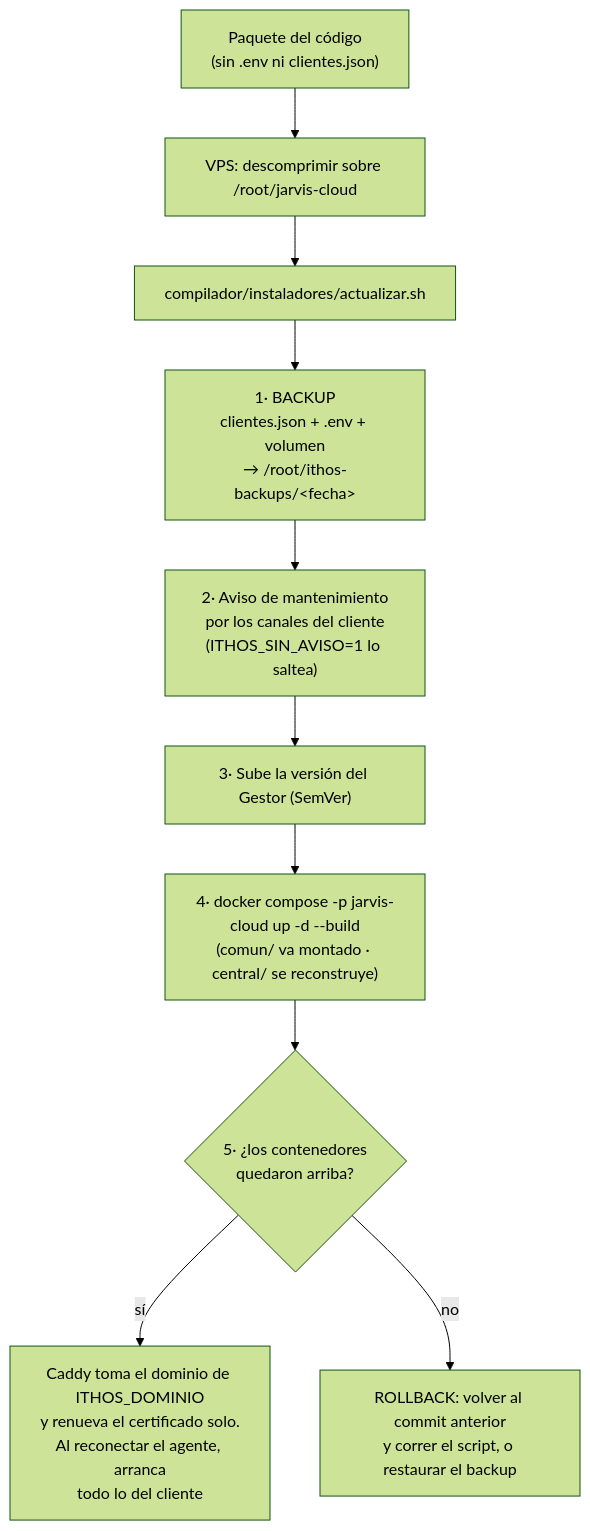
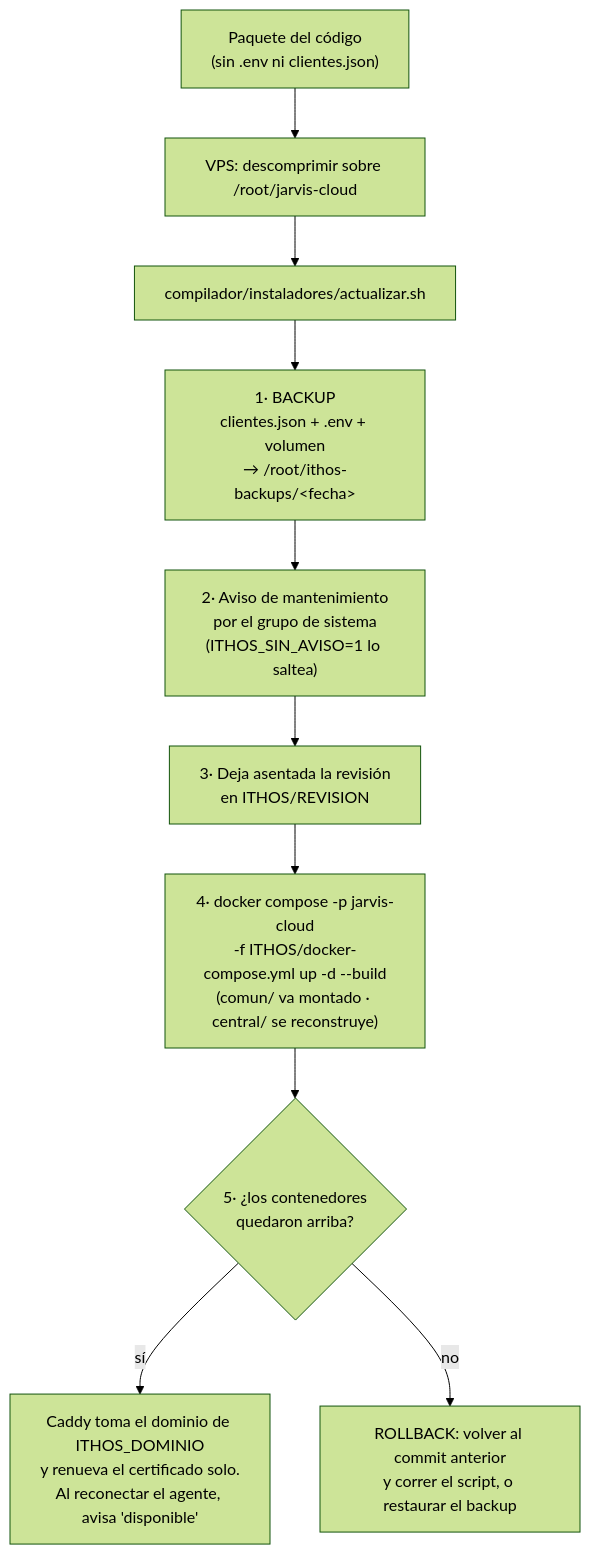
The diagram in docs/HOSTINGER.md (bsierra4262/ithos), drawn with Mermaid (forest theme) before and after one commit. The commit also changed other lines of this file and 73 other files, not shown here.

First line of the commit message:
auditoria: ITHOS queda como herramienta interna, sin restos de la venta

````diff
--- a/docs/HOSTINGER.md
+++ b/docs/HOSTINGER.md
@@ -35,12 +38,12 @@
 ```mermaid
 flowchart TD
     P["Paquete del código<br/>(sin .env ni clientes.json)"] --> V["VPS: descomprimir sobre /root/jarvis-cloud"]
     V --> S["compilador/instaladores/actualizar.sh"]
     S --> B["1· BACKUP<br/>clientes.json + .env + volumen<br/>→ /root/ithos-backups/&lt;fecha&gt;"]
-    B --> M["2· Aviso de mantenimiento<br/>por los canales del cliente<br/>(ITHOS_SIN_AVISO=1 lo saltea)"]
-    M --> BV["3· Sube la versión del Gestor (SemVer)"]
-    BV --> R["4· docker compose -p jarvis-cloud up -d --build<br/>(comun/ va montado · central/ se reconstruye)"]
+    B --> M["2· Aviso de mantenimiento<br/>por el grupo de sistema<br/>(ITHOS_SIN_AVISO=1 lo saltea)"]
+    M --> BV["3· Deja asentada la revisión<br/>en ITHOS/REVISION"]
+    BV --> R["4· docker compose -p jarvis-cloud<br/>-f ITHOS/docker-compose.yml up -d --build<br/>(comun/ va montado · central/ se reconstruye)"]
     R --> H{"5· ¿los contenedores<br/>quedaron arriba?"}
-    H -->|"sí"| OK["Caddy toma el dominio de ITHOS_DOMINIO<br/>y renueva el certificado solo.<br/>Al reconectar el agente, arranca<br/>todo lo del cliente"]
+    H -->|"sí"| OK["Caddy toma el dominio de ITHOS_DOMINIO<br/>y renueva el certificado solo.<br/>Al reconectar el agente, avisa 'disponible'"]
     H -->|"no"| RB["ROLLBACK: volver al commit anterior<br/>y correr el script, o restaurar el backup"]
 ```
````
